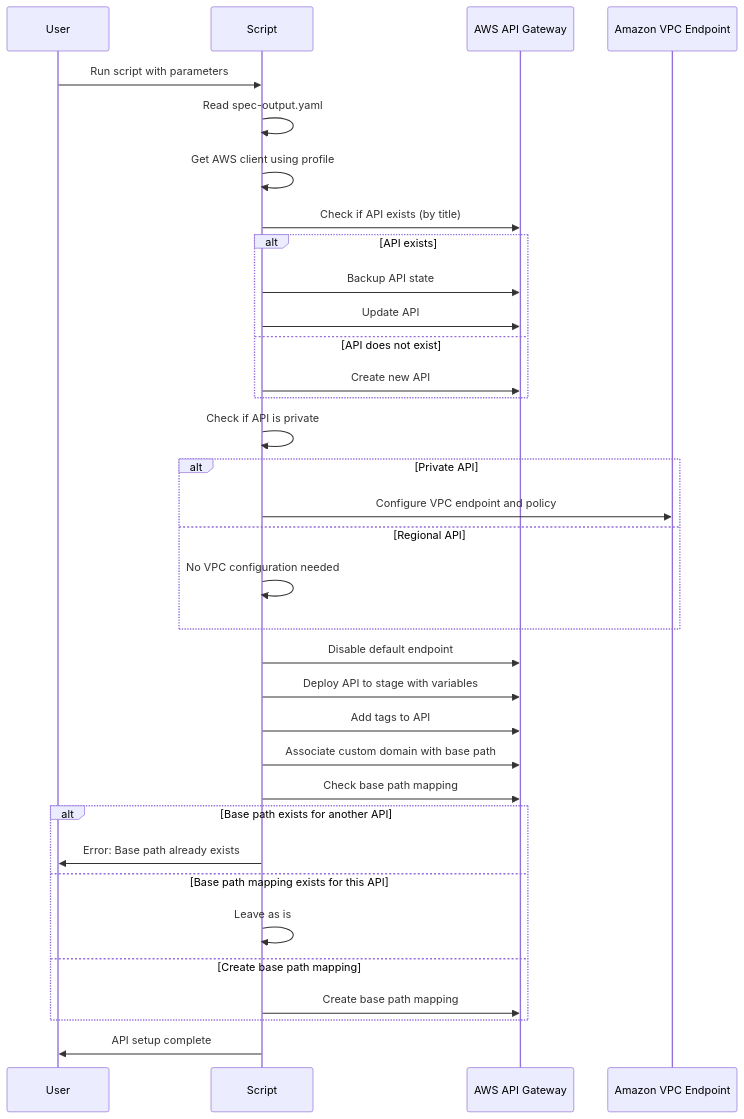
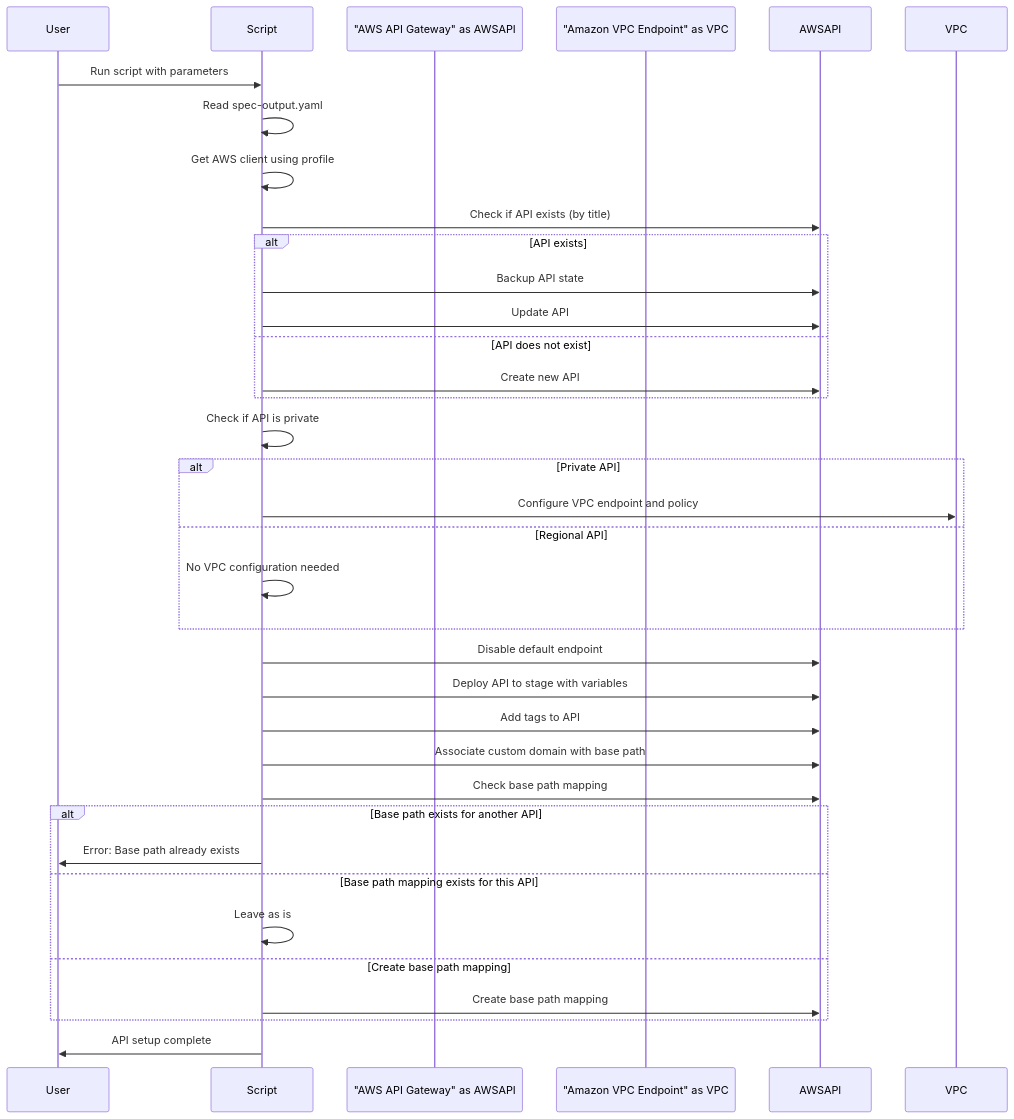
Before and after one commit to lucas-marinoto/snippets: the first of 5 diagrams in README.md, drawn with Mermaid. The commit also changed other lines of this file, not shown here.

Commit message:
add diagrams

````diff
--- a/README.md
+++ b/README.md
@@ -17,38 +18,37 @@
 ```mermaid
 sequenceDiagram
     participant User
     participant Script
-    participant AWSAPI as AWS API Gateway
-    participant VPC as Amazon VPC Endpoint
+    participant "AWS API Gateway" as AWSAPI
+    participant "Amazon VPC Endpoint" as VPC
 
     User ->> Script: Run script with parameters
     Script ->> Script: Read spec-output.yaml
     Script ->> Script: Get AWS client using profile
     Script ->> AWSAPI: Check if API exists (by title)
     alt API exists
         Script ->> AWSAPI: Backup API state
         Script ->> AWSAPI: Update API
     else API does not exist
         Script ->> AWSAPI: Create new API
     end
     Script ->> Script: Check if API is private
     alt Private API
         Script ->> VPC: Configure VPC endpoint and policy
     else Regional API
         Script ->> Script: No VPC configuration needed
     end
     Script ->> AWSAPI: Disable default endpoint
     Script ->> AWSAPI: Deploy API to stage with variables
     Script ->> AWSAPI: Add tags to API
     Script ->> AWSAPI: Associate custom domain with base path
     Script ->> AWSAPI: Check base path mapping
     alt Base path exists for another API
         Script ->> User: Error: Base path already exists
     else Base path mapping exists for this API
         Script ->> Script: Leave as is
     else Create base path mapping
         Script ->> AWSAPI: Create base path mapping
     end
     Script ->> User: API setup complete
-
 ```
````
